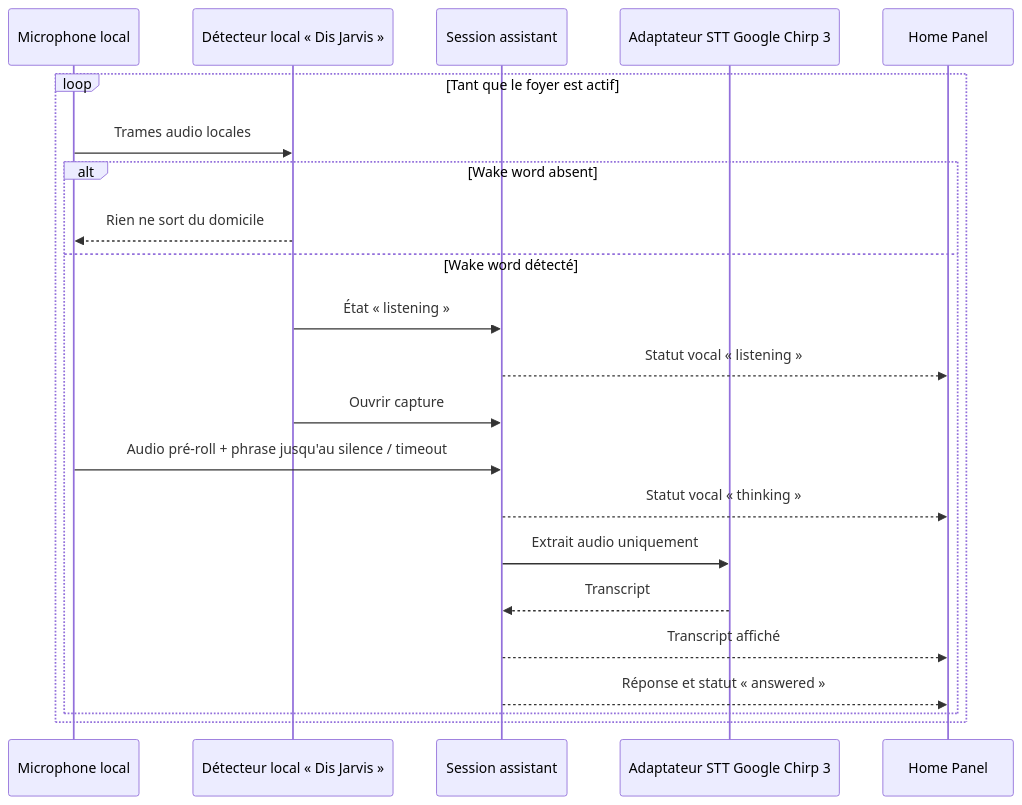
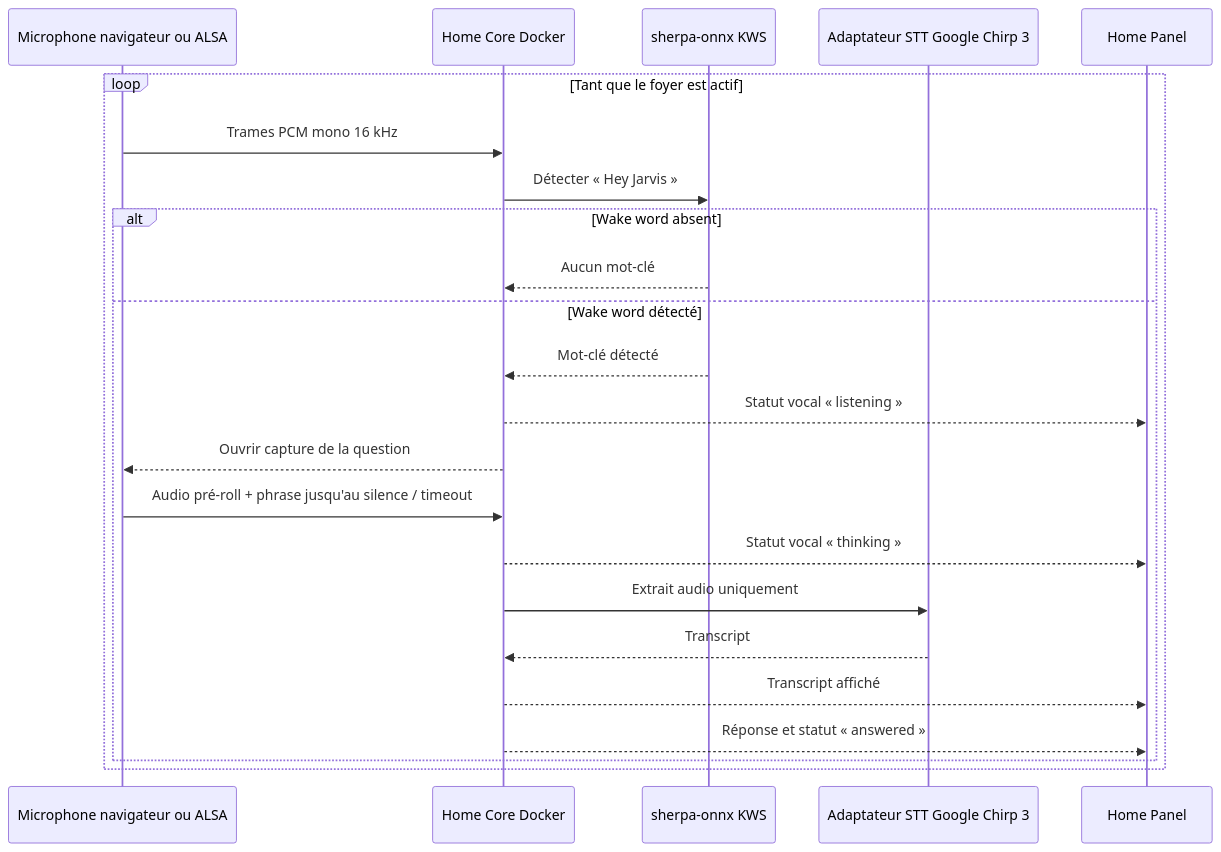
Before and after one commit to clementortiz134595/HOME-AI: the diagram in poles/technique/home-core/diagrammes/sequence-assistant-wake-word.mmd, drawn with Mermaid. The commit also changed 22 other files, not shown here.

Commit message:
feat(voice): remplace openWakeWord par sherpa-onnx

```diff
--- a/poles/technique/home-core/diagrammes/sequence-assistant-wake-word.mmd
+++ b/poles/technique/home-core/diagrammes/sequence-assistant-wake-word.mmd
@@ -1,23 +1,24 @@
 sequenceDiagram
-    participant Mic as Microphone local
-    participant Wake as Détecteur local « Dis Jarvis »
-    participant Core as Session assistant
+    participant Mic as Microphone navigateur ou ALSA
+    participant Core as Home Core Docker
+    participant Wake as sherpa-onnx KWS
     participant STT as Adaptateur STT Google Chirp 3
     participant Panel as Home Panel
 
     loop Tant que le foyer est actif
-        Mic->>Wake: Trames audio locales
+        Mic->>Core: Trames PCM mono 16 kHz
+        Core->>Wake: Détecter « Hey Jarvis »
         alt Wake word absent
-            Wake-->>Mic: Rien ne sort du domicile
+            Wake-->>Core: Aucun mot-clé
         else Wake word détecté
-            Wake->>Core: État « listening »
+            Wake-->>Core: Mot-clé détecté
             Core-->>Panel: Statut vocal « listening »
-            Wake->>Core: Ouvrir capture
+            Core-->>Mic: Ouvrir capture de la question
             Mic->>Core: Audio pré-roll + phrase jusqu'au silence / timeout
             Core-->>Panel: Statut vocal « thinking »
             Core->>STT: Extrait audio uniquement
             STT-->>Core: Transcript
             Core-->>Panel: Transcript affiché
             Core-->>Panel: Réponse et statut « answered »
         end
     end
```
